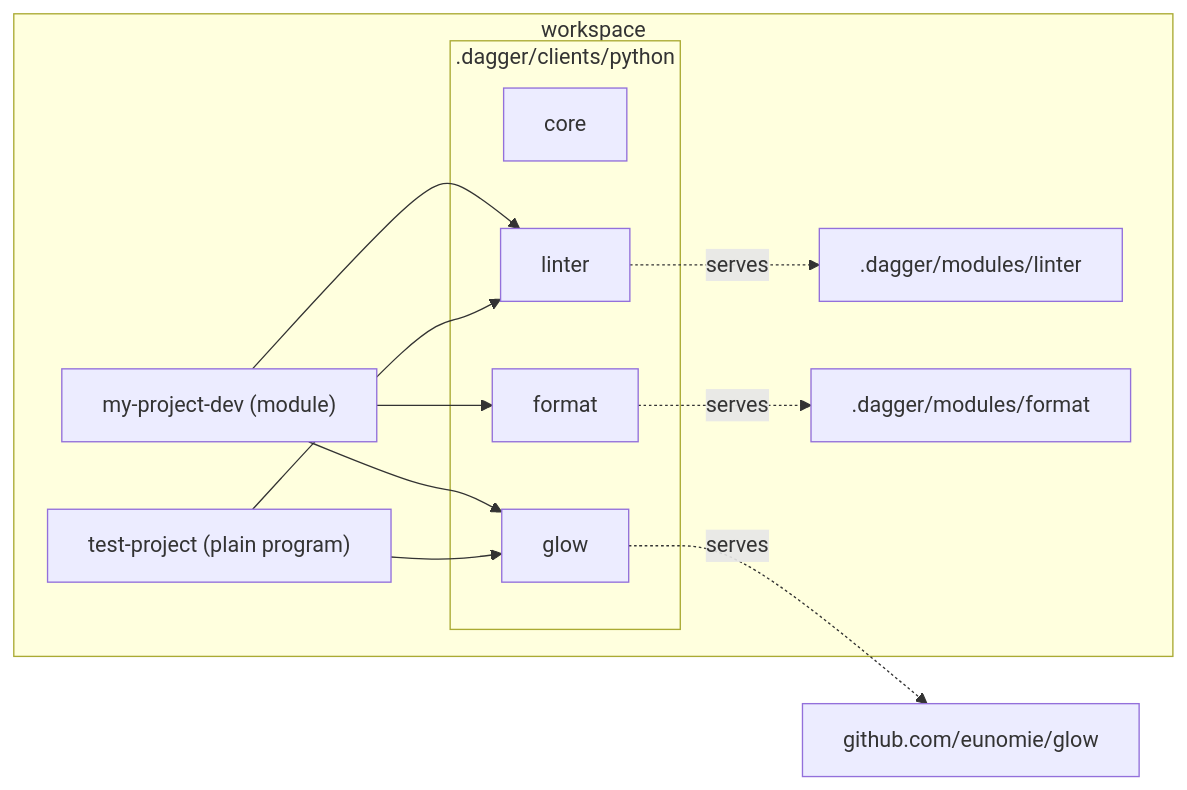
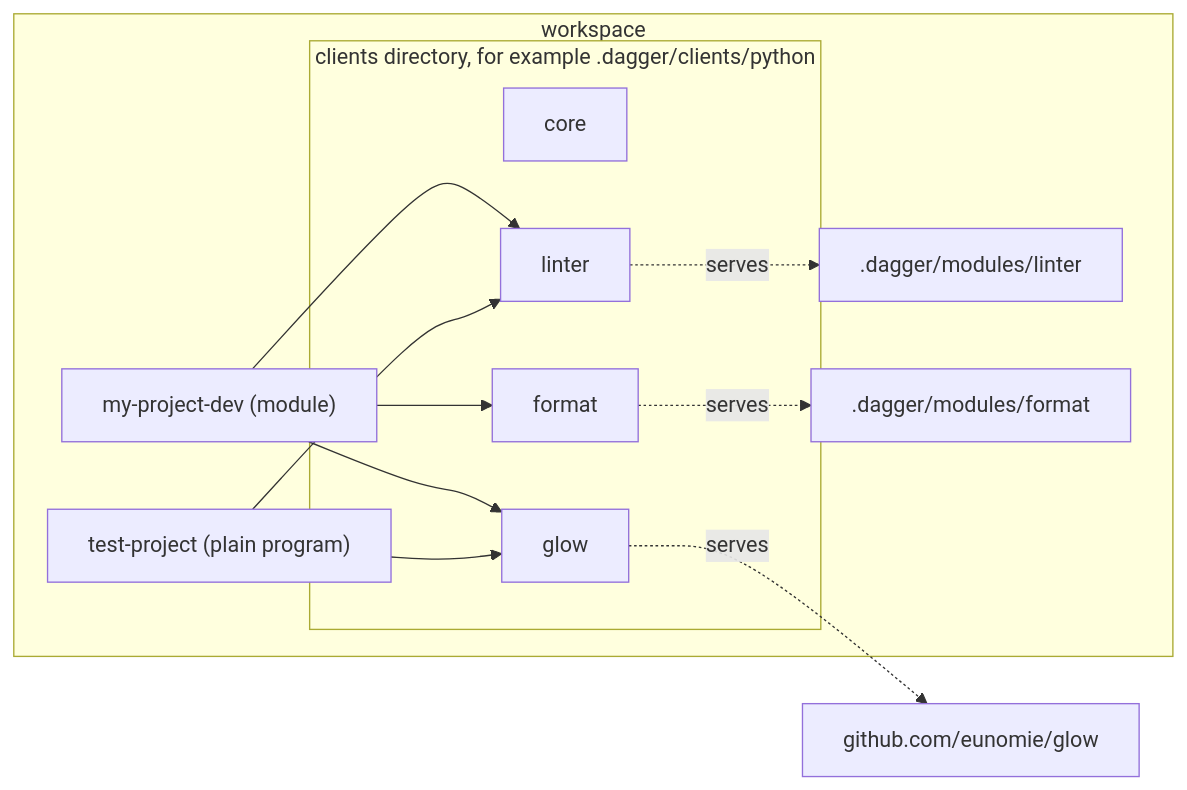
One commit to dagger/python-sdk changed the second of 3 diagrams in hack/designs/2026-09-15-unified-clients.md. Above: the diagram before and after it, drawn with Mermaid. The commit also changed other lines of this file, not shown here.

First line of the commit message:
hack/designs: unified clients revision 2

````diff
--- a/hack/designs/2026-09-15-unified-clients.md
+++ b/hack/designs/2026-09-15-unified-clients.md
@@ -84,24 +110,24 @@
 ```mermaid
 graph LR
   subgraph WS["workspace"]
     MOD["my-project-dev (module)"]
     TP["test-project (plain program)"]
-    subgraph OUT[".dagger/clients/python"]
+    subgraph OUT["clients directory, for example .dagger/clients/python"]
       CORE["core"]
       L["linter"]
       F["format"]
       G["glow"]
     end
     LM[".dagger/modules/linter"]
     FM[".dagger/modules/format"]
   end
   GLOW["github.com/eunomie/glow"]
   MOD --> L
   MOD --> F
   MOD --> G
   TP --> L
   TP --> G
   L -. serves .-> LM
   F -. serves .-> FM
   G -. serves .-> GLOW
 ```
````
